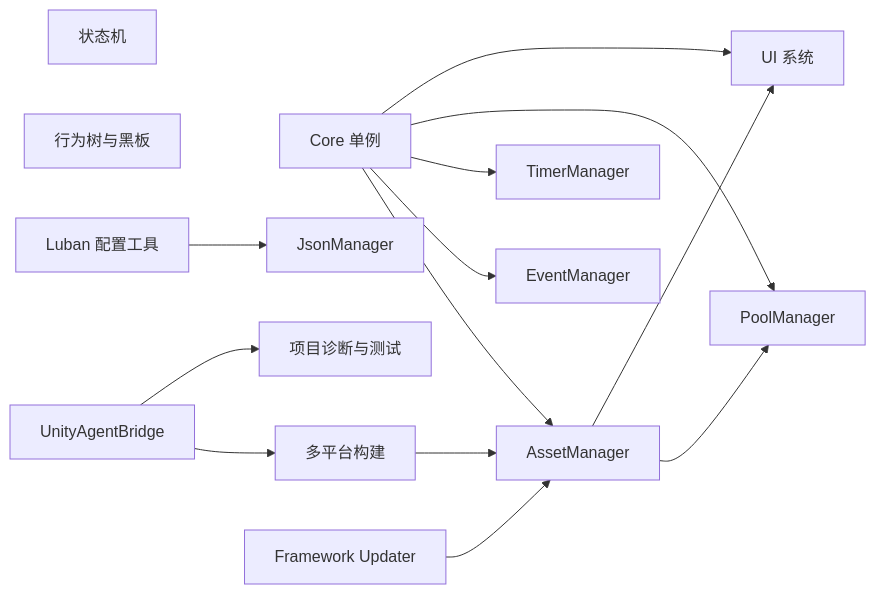
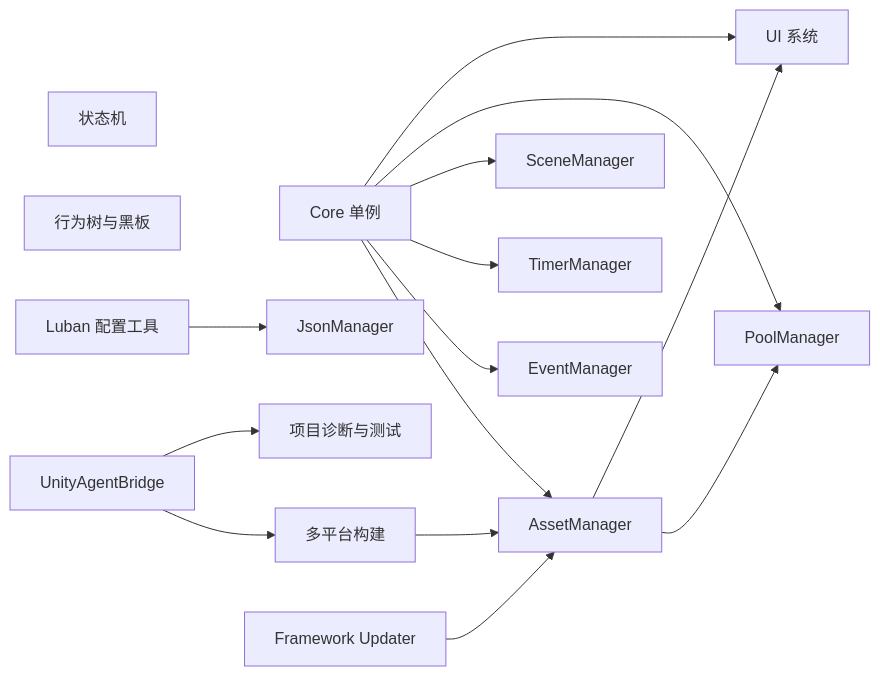
One commit to Sheng2580/ShengGameFrame changed the diagram in README.md. Above: the diagram before and after it, drawn with Mermaid. The commit also changed other lines of this file and 19 other files, not shown here.

Commit message:
ScenesManager

````diff
--- a/README.md
+++ b/README.md
@@ -29,18 +30,19 @@
 ```mermaid
 flowchart LR
     Core["Core 单例"] --> Assets["AssetManager"]
     Core --> Events["EventManager"]
     Core --> Timer["TimerManager"]
+    Core --> Scenes["SceneManager"]
     Core --> Pool["PoolManager"]
     Core --> UI["UI 系统"]
     Assets --> Pool
     Assets --> UI
     State["状态机"]
     BT["行为树与黑板"]
     Json["JsonManager"]
     Luban["Luban 配置工具"] --> Json
     Build["多平台构建"] --> Assets
     Agent["UnityAgentBridge"] --> Build
     Agent --> Tests["项目诊断与测试"]
     Updater["Framework Updater"] --> Assets
 ```
````
